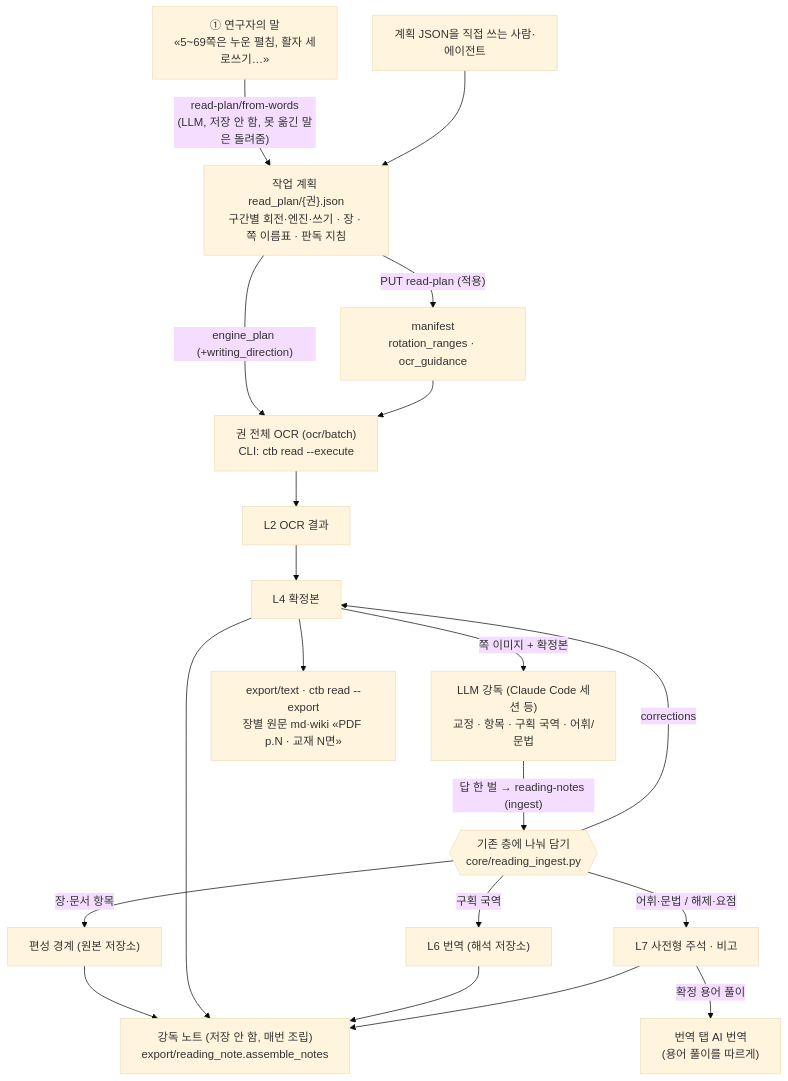
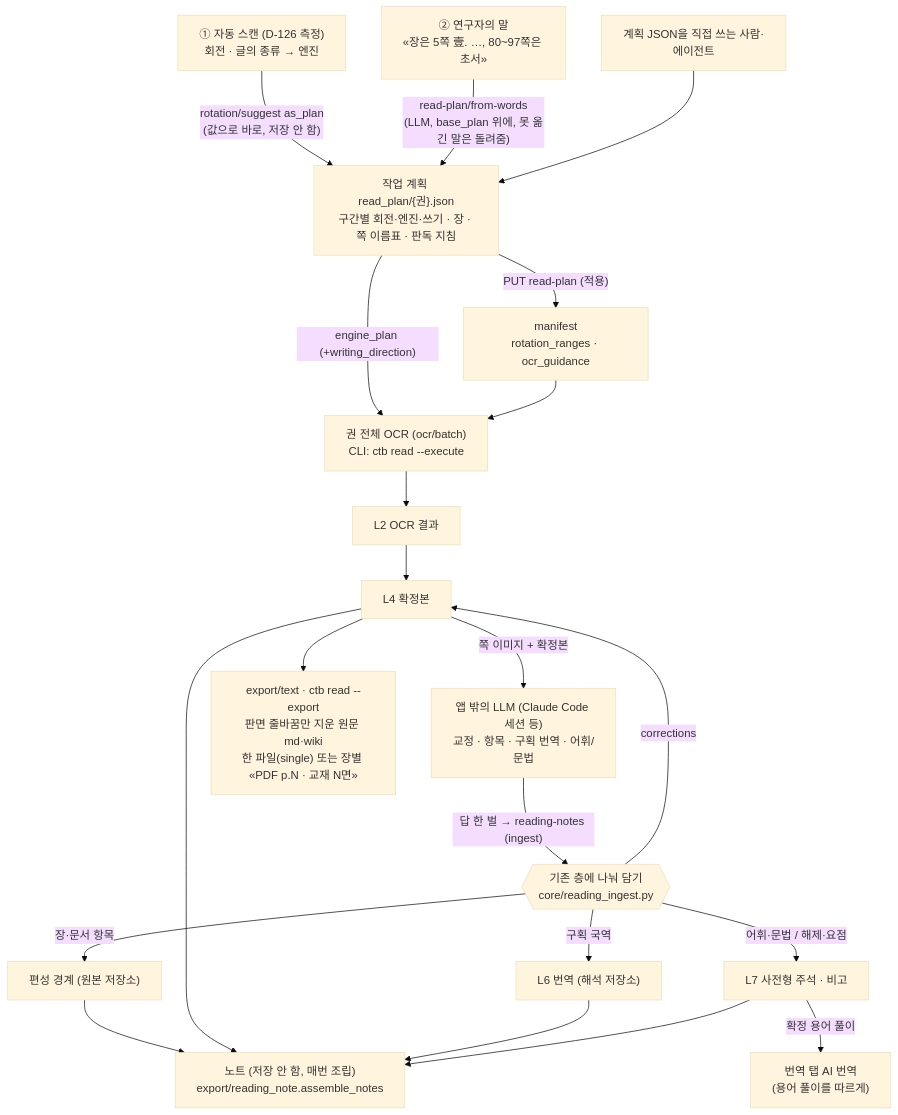
Diagram 14 of 14 in docs/architecture-diagrams.md (hw725/classical-text-browser), drawn with Mermaid (base theme) before and after one commit. The commit also changed other lines of this file and 21 other files, not shown here.

````diff
--- a/docs/architecture-diagrams.md
+++ b/docs/architecture-diagrams.md
@@ -1196,23 +1199,25 @@
 ```mermaid
 flowchart TB
-    SAID["① 연구자의 말<br/>«5~69쪽은 누운 펼침, 활자 세로쓰기…»"]
+    SCAN["① 자동 스캔 (D-126 측정)<br/>회전 · 글의 종류 → 엔진"]
+    SAID["② 연구자의 말<br/>«장은 5쪽 壹. …, 80~97쪽은 초서»"]
     PLAN["작업 계획 read_plan/{권}.json<br/>구간별 회전·엔진·쓰기 · 장 · 쪽 이름표 · 판독 지침"]
-    SAID -->|"read-plan/from-words<br/>(LLM, 저장 안 함, 못 옮긴 말은 돌려줌)"| PLAN
+    SCAN -->|"rotation/suggest as_plan<br/>(값으로 바로, 저장 안 함)"| PLAN
+    SAID -->|"read-plan/from-words<br/>(LLM, base_plan 위에, 못 옮긴 말은 돌려줌)"| PLAN
     AGENT["계획 JSON을 직접 쓰는 사람·에이전트"] --> PLAN
     PLAN -->|"PUT read-plan (적용)"| MAN["manifest<br/>rotation_ranges · ocr_guidance"]
     PLAN -->|"engine_plan (+writing_direction)"| BATCH["권 전체 OCR (ocr/batch)<br/>CLI: ctb read --execute"]
     MAN --> BATCH
     BATCH --> L2["L2 OCR 결과"] --> L4["L4 확정본"]
-    L4 -->|"쪽 이미지 + 확정본"| LLM["LLM 강독 (Claude Code 세션 등)<br/>교정 · 항목 · 구획 국역 · 어휘/문법"]
+    L4 -->|"쪽 이미지 + 확정본"| LLM["앱 밖의 LLM (Claude Code 세션 등)<br/>교정 · 항목 · 구획 번역 · 어휘/문법"]
     LLM -->|"답 한 벌 → reading-notes (ingest)"| SPLIT{{"기존 층에 나눠 담기<br/>core/reading_ingest.py"}}
     SPLIT -->|"corrections"| L4
     SPLIT -->|"장·문서 항목"| BND["편성 경계 (원본 저장소)"]
     SPLIT -->|"구획 국역"| L6["L6 번역 (해석 저장소)"]
     SPLIT -->|"어휘·문법 / 해제·요점"| L7["L7 사전형 주석 · 비고"]
-    L4 --> OUT["export/text · ctb read --export<br/>장별 원문 md·wiki «PDF p.N · 교재 N면»"]
-    BND --> NOTE["강독 노트 (저장 안 함, 매번 조립)<br/>export/reading_note.assemble_notes"]
+    L4 --> OUT["export/text · ctb read --export<br/>판면 줄바꿈만 지운 원문 md·wiki<br/>한 파일(single) 또는 장별 «PDF p.N · 교재 N면»"]
+    BND --> NOTE["노트 (저장 안 함, 매번 조립)<br/>export/reading_note.assemble_notes"]
     L4 --> NOTE
     L6 --> NOTE
     L7 --> NOTE
     L7 -->|"확정 용어 풀이"| TR["번역 탭 AI 번역<br/>(용어 풀이를 따르게)"]
 ```
````
